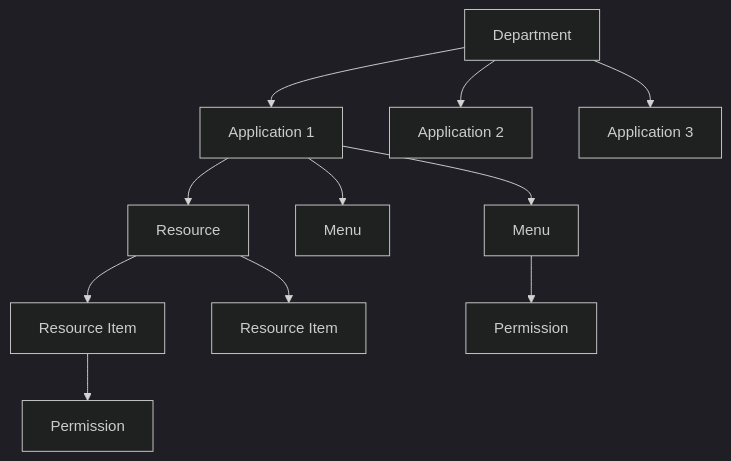
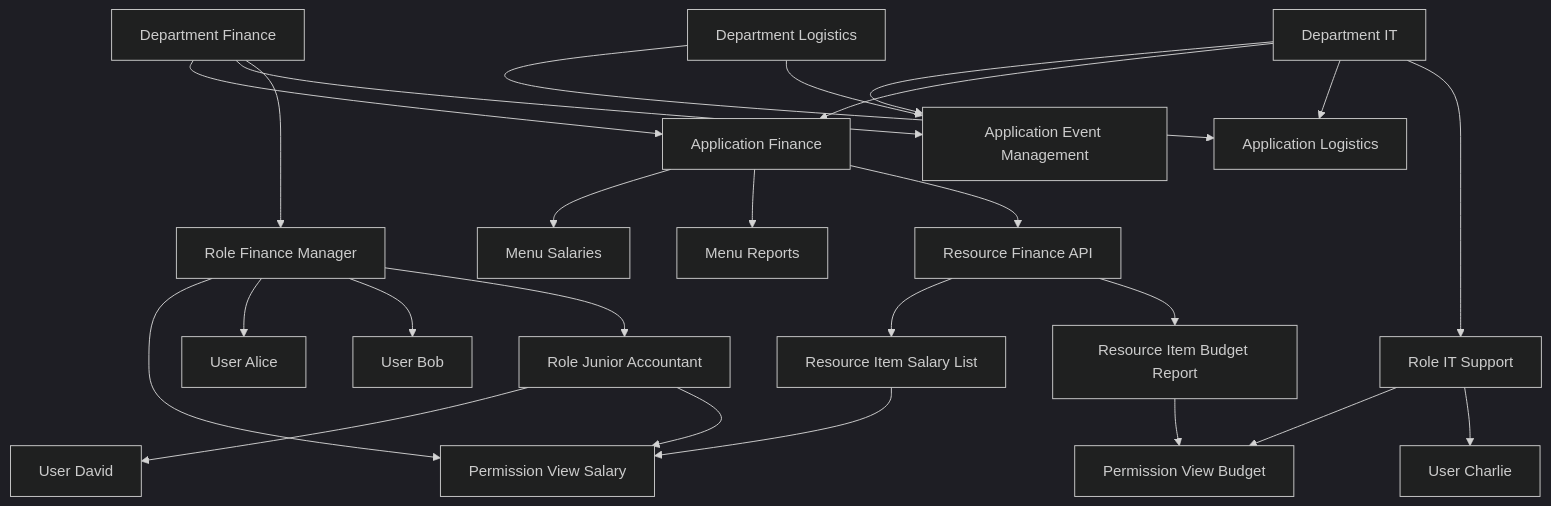
One commit to NOSiCode-CV/igrp-platform-access-management changed the diagram in REFACTORING.md. Above: the diagram before and after it, drawn with Mermaid (dark theme). The commit also changed other lines of this file, not shown here.

````diff
--- a/REFACTORING.md
+++ b/REFACTORING.md
@@ -130,13 +73,39 @@
 ```mermaid
 graph TD
-    D[Department] --> A1[Application 1]
-    D[Department] --> A2[Application 2]
-    D[Department] --> A3[Application 3]
-    A1 --> M1[Menu]
-    A1 --> M2[Menu]
-    A1 --> R1[Resource]
-    R1 --> I1[Resource Item]
-    R1 --> I2[Resource Item]
-    M1 --> P1[Permission]
-    I1 --> P2[Permission]
+   %% Departments
+   DF[Department Finance] --> AF[Application Finance]
+   DF --> AEM
+   DL[Department Logistics] --> AL[Application Logistics]
+   DL --> AEM
+   DIT[Department IT] --> AEM[Application Event Management]
+   DIT --> AF
+   DIT --> AL
+
+   %% Applications -> Menus & Resources
+   AF --> MS[Menu Salaries]
+   AF --> MR[Menu Reports]
+   AF --> RF[Resource Finance API]
+
+   RF --> IS[Resource Item Salary List]
+   RF --> IB[Resource Item Budget Report]
+
+   %% Permissions
+   IS --> PS[Permission View Salary]
+   IB --> PB[Permission View Budget]
+
+   %% Roles
+   DF --> RFM[Role Finance Manager]
+   DIT --> RIT[Role IT Support]
+
+   RFM --> PS
+   RFM --> U1[User Alice]
+   RFM --> U2[User Bob]
+
+   RIT --> PB
+   RIT --> U3[User Charlie]
+
+   %% Recursive Hierarchies
+   RFM --> RJ[Role Junior Accountant]
+   RJ --> U4[User David]
+   RJ --> PS
 ```
````
